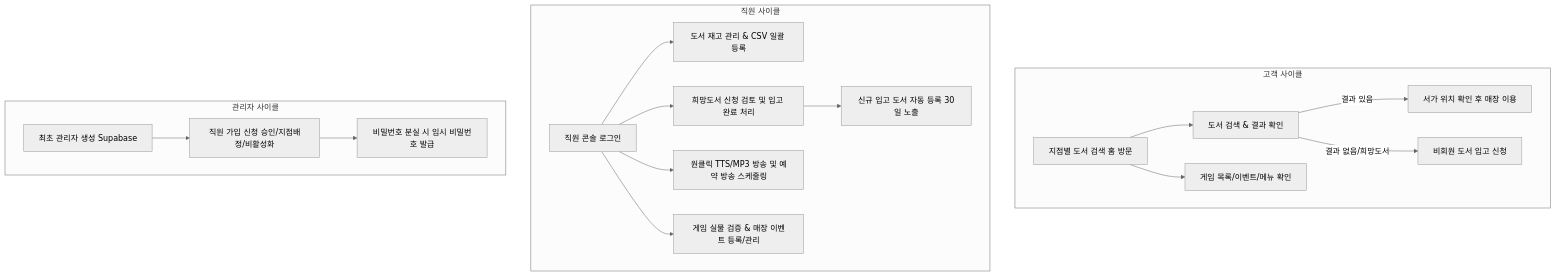
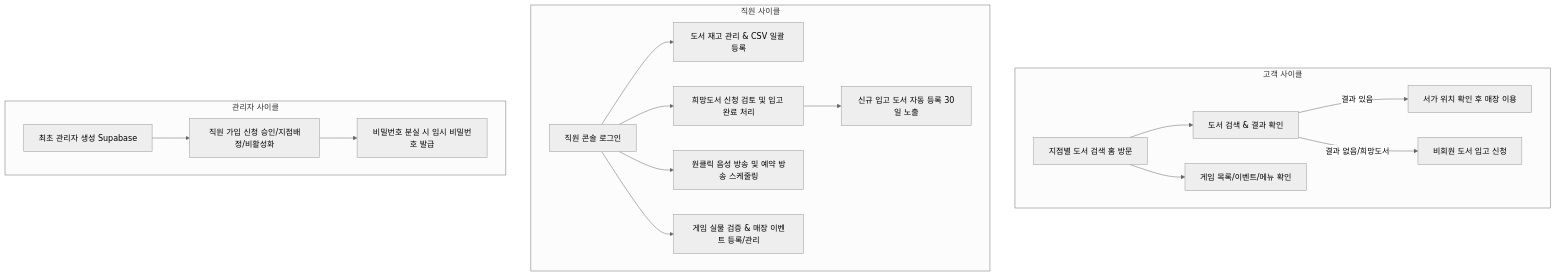
One commit to SHINJAEHEE-DEV/CartoonPlus changed the diagram in docs/PRD.md. Above: the diagram before and after it, drawn with Mermaid (neutral theme). The commit also changed other lines of this file and 4 other files, not shown here.

````diff
--- a/docs/PRD.md
+++ b/docs/PRD.md
@@ -48,22 +48,22 @@
 ```mermaid
 flowchart TD
     subgraph 고객_사이클 [고객 사이클]
         A1[지점별 도서 검색 홈 방문] --> A2[도서 검색 & 결과 확인]
         A2 -- 결과 있음 --> A3[서가 위치 확인 후 매장 이용]
         A2 -- 결과 없음/희망도서 --> A4[비회원 도서 입고 신청]
         A1 --> A5[게임 목록/이벤트/메뉴 확인]
     end
 
     subgraph 직원_사이클 [직원 사이클]
         B1[직원 콘솔 로그인] --> B2[도서 재고 관리 & CSV 일괄 등록]
         B1 --> B3[희망도서 신청 검토 및 입고 완료 처리]
         B3 --> B4[신규 입고 도서 자동 등록 30일 노출]
-        B1 --> B5[원클릭 TTS/MP3 방송 및 예약 방송 스케줄링]
+        B1 --> B5[원클릭 음성 방송 및 예약 방송 스케줄링]
         B1 --> B6[게임 실물 검증 & 매장 이벤트 등록/관리]
     end
 
     subgraph 관리자_사이클 [관리자 사이클]
         C1[최초 관리자 생성 Supabase] --> C2[직원 가입 신청 승인/지점배정/비활성화]
         C2 --> C3[비밀번호 분실 시 임시 비밀번호 발급]
     end
 ```
````
